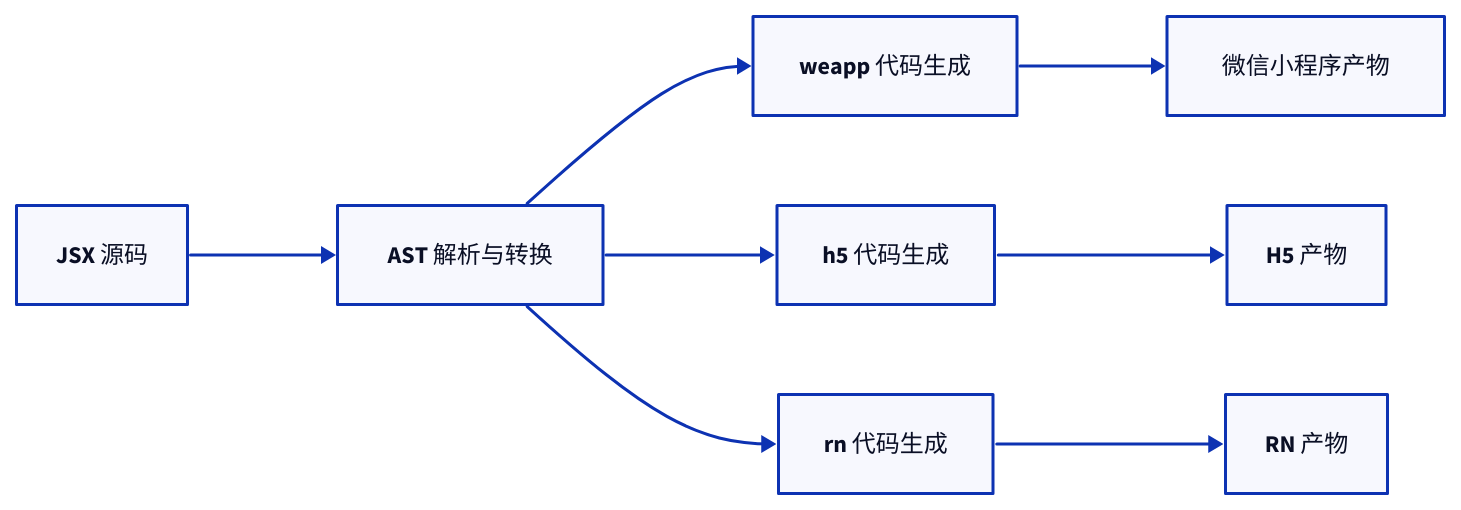
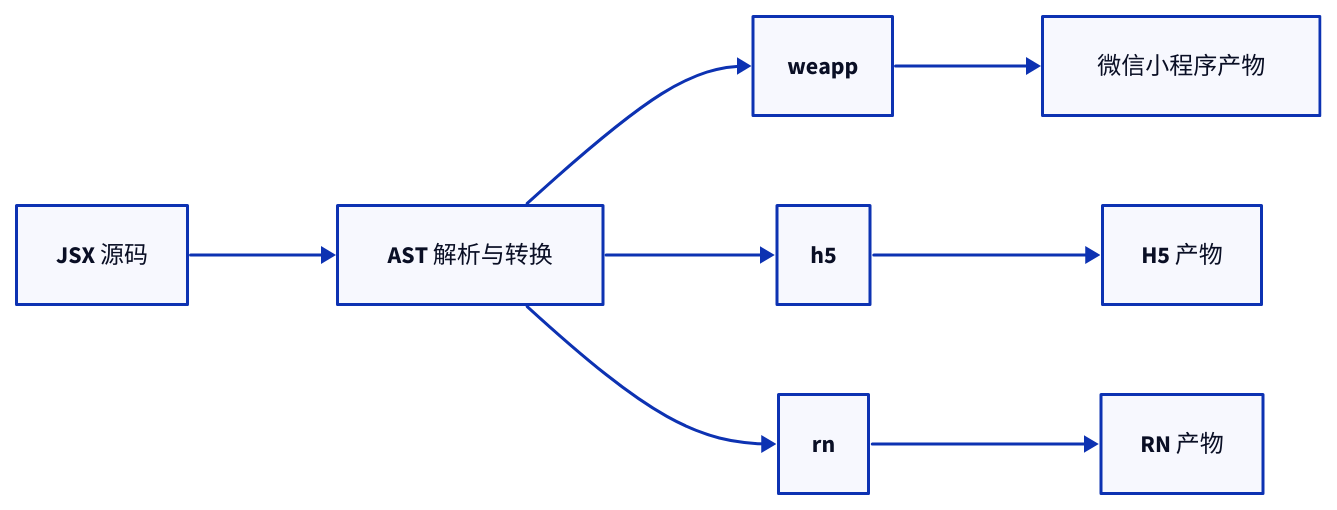
Before and after one commit to youngluo/thinking: the second of 8 diagrams in apps/docs/experiences/微信小程序/Taro 原理与实践.md, drawn with D2. The commit also changed other lines of this file and 3 other files, not shown here.

Commit message:
docs: polish Taro architecture article

````diff
--- a/apps/docs/experiences/微信小程序/Taro 原理与实践.md
+++ b/apps/docs/experiences/微信小程序/Taro 原理与实践.md
@@ -137,17 +137,17 @@
-```d2
+```d2 maxHeight=260
 direction: right
 
 source: JSX 源码
 core: AST 解析与转换
-weapp: weapp 代码生成
-h5: h5 代码生成
-rn: rn 代码生成
+weapp: weapp
+h5: h5
+rn: rn
 wa_out: 微信小程序产物
 h5_out: H5 产物
 rn_out: RN 产物
 
 source -> core
 core -> weapp -> wa_out
 core -> h5 -> h5_out
 core -> rn -> rn_out
 ```
````
